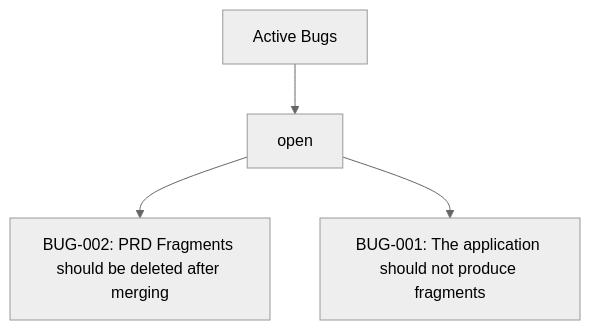
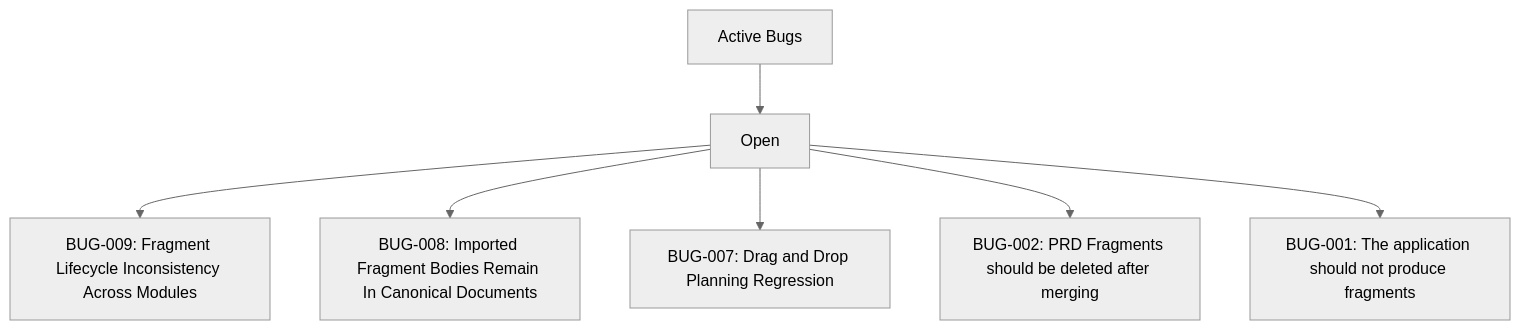
The diagram in docs/BUGS.md (enabledtocreate/angels-desktop-project-manager), drawn with Mermaid (neutral theme) before and after one commit. The commit also changed other lines of this file and 10 other files, not shown here.

Commit message:
Fix bug lifecycle archive workflow

````diff
--- a/docs/BUGS.md
+++ b/docs/BUGS.md
@@ -683,7 +494,10 @@
 ```mermaid
 flowchart TD
   bugs["Active Bugs"]
-  bugs --> status_open["open"]
+  bugs --> status_open["Open"]
+  status_open --> bug_bug_1775260498325_6ol1enm["BUG-009: Fragment Lifecycle Inconsistency Across Modules"]
+  status_open --> bug_bug_1775260497797_580tuqz["BUG-008: Imported Fragment Bodies Remain In Canonical Documents"]
+  status_open --> bug_bug_1775260497330_1iuegfh["BUG-007: Drag and Drop Planning Regression"]
   status_open --> bug_bug_1774625378814_fscisc2["BUG-002: PRD Fragments should be deleted after merging"]
   status_open --> bug_bug_1775007912160_wi58d94["BUG-001: The application should not produce fragments"]
 ```
````
